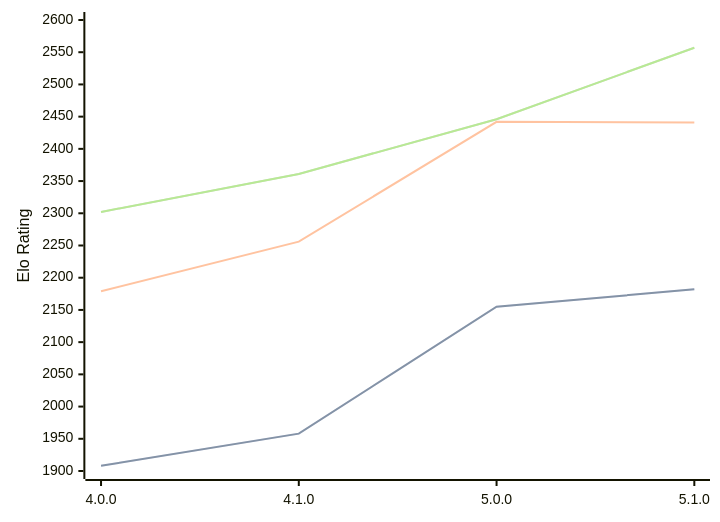
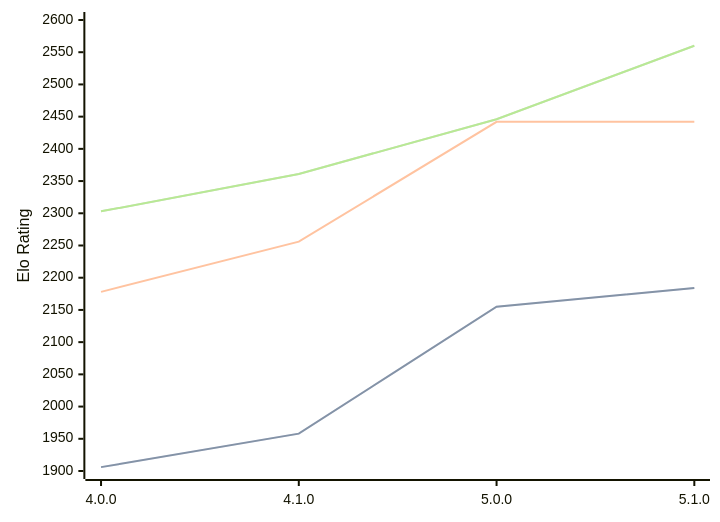
The diagram in engines/Aconcagua.md (computer-chess-index/cci), drawn with Mermaid before and after one commit. The commit also changed other lines of this file, not shown here.

Commit message:
Update CCI Ratings (ELO VLTC) - 2026-05-22

````diff
--- a/engines/Aconcagua.md
+++ b/engines/Aconcagua.md
@@ -43,11 +43,11 @@
 ```mermaid
 %%{init: {"theme":"base","themeVariables":{"seriesColors:['#a3a3a3','#222221','#faa371']}}}%%
 xychart-beta
   x-axis ["4.0.0", "4.1.0", "5.0.0", "5.1.0"]
   y-axis "Elo Rating" 1900 --> 2600
-  line "STC (8.0+0.08s)" [1908, 1958, 2155, 2182]
-  line "STC (8.0+0.08s)" [1908, 1958, 2155, 2182]
-  line "LTC (60.0+0.60s)" [2179, 2256, 2442, 2441]
-  line "VLTC (2m24s+1.12s)" [2302, 2361, 2446, 2557]
-  line "VLTC (2m24s+1.12s)" [2302, 2361, 2446, 2557]
+  line "STC (8.0+0.08s)" [1906, 1958, 2155, 2184]
+  line "STC (8.0+0.08s)" [1906, 1958, 2155, 2184]
+  line "LTC (60.0+0.60s)" [2178, 2256, 2442, 2442]
+  line "VLTC (2m24s+1.12s)" [2303, 2361, 2446, 2560]
+  line "VLTC (2m24s+1.12s)" [2303, 2361, 2446, 2560]
 ```
````
